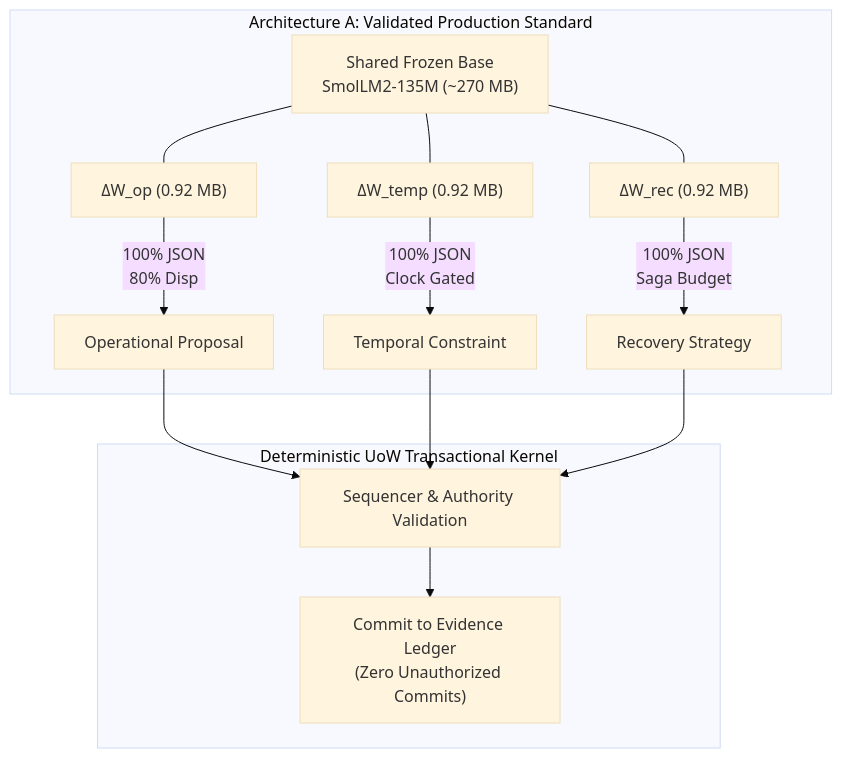
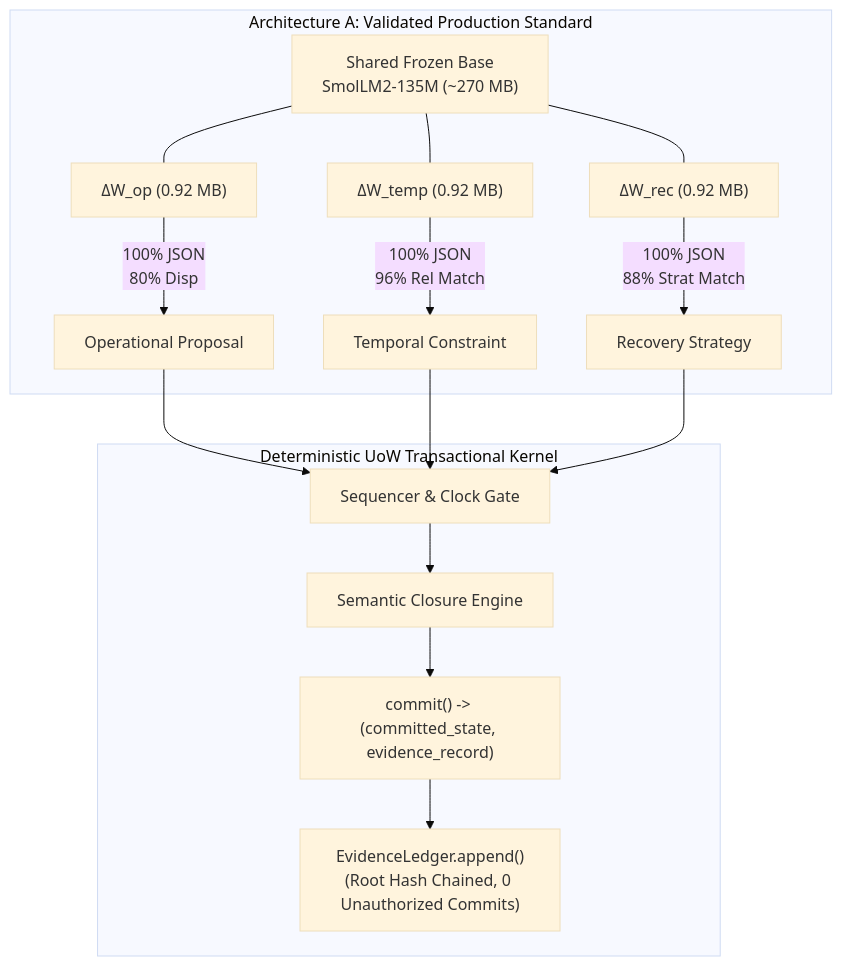
Before and after one commit to NB11B/UoW-v3: the diagram in artifacts/uow_grammar_1/qualification_report.md, drawn with Mermaid (base theme). The commit also changed other lines of this file and 16 other files, not shown here.

Commit message:
fix(uow-grammar-1): reconcile G1 semantic accuracy, G3 ledger append, and G4 hardware timing

````diff
--- a/artifacts/uow_grammar_1/qualification_report.md
+++ b/artifacts/uow_grammar_1/qualification_report.md
@@ -125,20 +157,22 @@
 ```mermaid
 flowchart TD
     subgraph ArchA["Architecture A: Validated Production Standard"]
         M0["Shared Frozen Base\nSmolLM2-135M (~270 MB)"]
         A1["ΔW_op (0.92 MB)"]
         A2["ΔW_temp (0.92 MB)"]
         A3["ΔW_rec (0.92 MB)"]
         M0 --- A1
         M0 --- A2
         M0 --- A3
         A1 -->|100% JSON\n80% Disp| S1["Operational Proposal"]
-        A2 -->|100% JSON\nClock Gated| S2["Temporal Constraint"]
-        A3 -->|100% JSON\nSaga Budget| S3["Recovery Strategy"]
+        A2 -->|100% JSON\n96% Rel Match| S2["Temporal Constraint"]
+        A3 -->|100% JSON\n88% Strat Match| S3["Recovery Strategy"]
     end
 
     subgraph UoW["Deterministic UoW Transactional Kernel"]
-        S1 & S2 & S3 --> Seq["Sequencer & Authority Validation"]
-        Seq --> Comm["Commit to Evidence Ledger\n(Zero Unauthorized Commits)"]
+        S1 & S2 & S3 --> Seq["Sequencer & Clock Gate"]
+        Seq --> Closure["Semantic Closure Engine"]
+        Closure --> Commit["commit() -> (committed_state, evidence_record)"]
+        Commit --> Ledger["EvidenceLedger.append()\n(Root Hash Chained, 0 Unauthorized Commits)"]
     end
 ```
````
